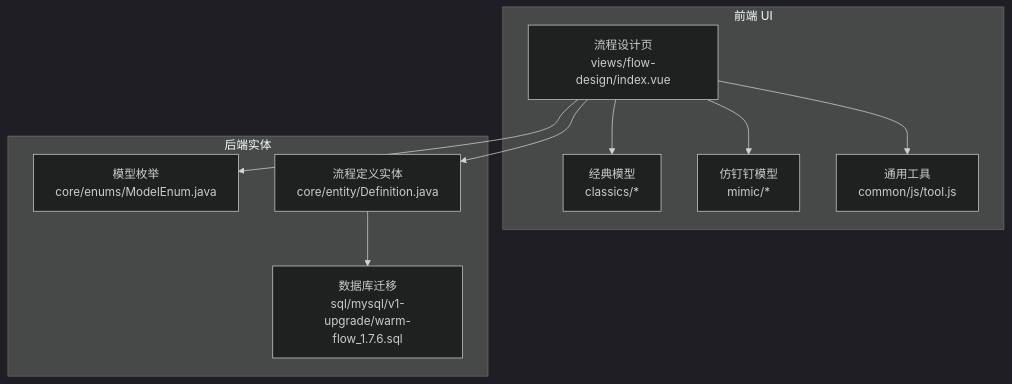
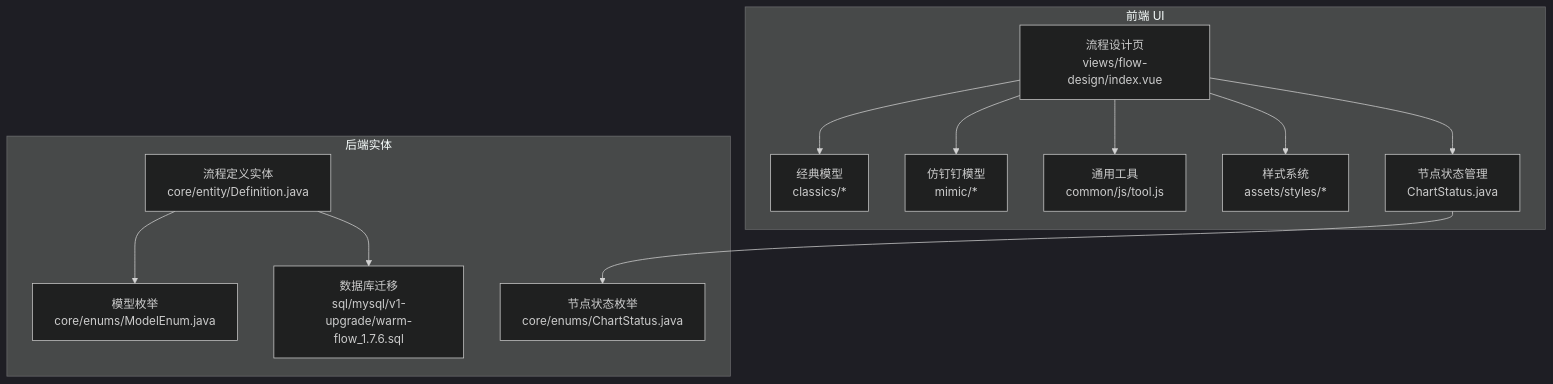
Before and after one commit to dromara/warm-flow: the first of 8 diagrams in .qoder/repowiki/zh/content/可视化设计器/设计模型系统.md, drawn with Mermaid (dark theme). The commit also changed other lines of this file and 18 other files, not shown here.

````diff
--- a/.qoder/repowiki/zh/content/可视化设计器/设计模型系统.md
+++ b/.qoder/repowiki/zh/content/可视化设计器/设计模型系统.md
@@ -50,20 +62,25 @@
 ```mermaid
 graph TB
 subgraph "前端 UI"
 A["经典模型<br/>classics/*"]
 B["仿钉钉模型<br/>mimic/*"]
 C["通用工具<br/>common/js/tool.js"]
 D["流程设计页<br/>views/flow-design/index.vue"]
+E["样式系统<br/>assets/styles/*"]
+F["节点状态管理<br/>ChartStatus.java"]
 end
 subgraph "后端实体"
-E["模型枚举<br/>core/enums/ModelEnum.java"]
-F["流程定义实体<br/>core/entity/Definition.java"]
-G["数据库迁移<br/>sql/mysql/v1-upgrade/warm-flow_1.7.6.sql"]
+G["模型枚举<br/>core/enums/ModelEnum.java"]
+H["流程定义实体<br/>core/entity/Definition.java"]
+I["数据库迁移<br/>sql/mysql/v1-upgrade/warm-flow_1.7.6.sql"]
+J["节点状态枚举<br/>core/enums/ChartStatus.java"]
 end
 D --> A
 D --> B
 D --> C
 D --> E
 D --> F
-F --> G
+F --> J
+H --> G
+H --> I
 ```
````
